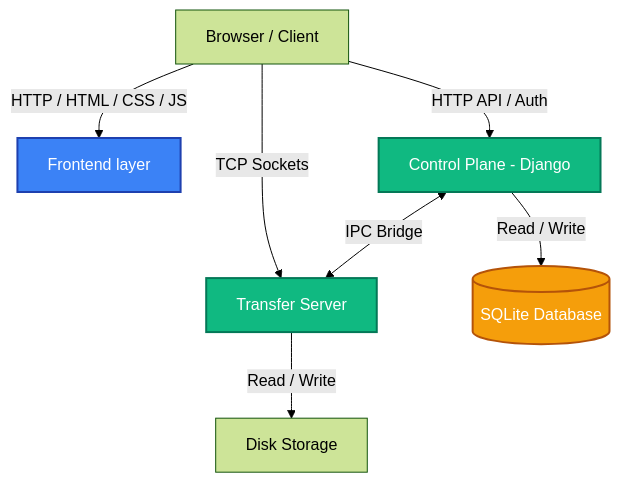
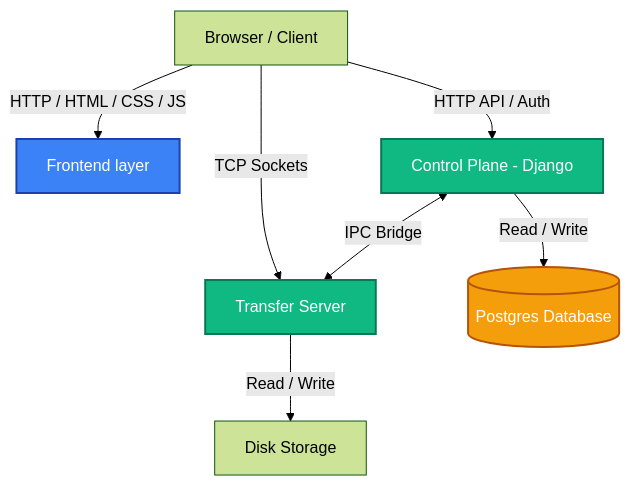
One commit to KawaiiLolly/file-sharing-app changed the diagram in README.md. Above: the diagram before and after it, drawn with Mermaid (forest theme).

Commit message:
readme updated

````diff
--- a/README.md
+++ b/README.md
@@ -66,18 +66,18 @@
 ```mermaid
 graph TD
     Client[Browser / Client] -->|HTTP / HTML / CSS / JS| Frontend[Frontend layer]
     Client -->|HTTP API / Auth| ControlPlane[Control Plane - Django]
     Client -->|TCP Sockets| TransferServer[Transfer Server]
     
     ControlPlane <-->|IPC Bridge| TransferServer
-    ControlPlane -->|Read / Write| DB[(SQLite Database)]
+    ControlPlane -->|Read / Write| DB[(Postgres Database)]
     TransferServer -->|Read / Write| Storage[Disk Storage]
     
     classDef frontend fill:#3b82f6,stroke:#1e40af,stroke-width:2px,color:#fff;
     classDef backend fill:#10b981,stroke:#047857,stroke-width:2px,color:#fff;
     classDef db fill:#f59e0b,stroke:#b45309,stroke-width:2px,color:#fff;
     
     class Frontend frontend;
     class ControlPlane,TransferServer backend;
     class DB db;
 ```
````
